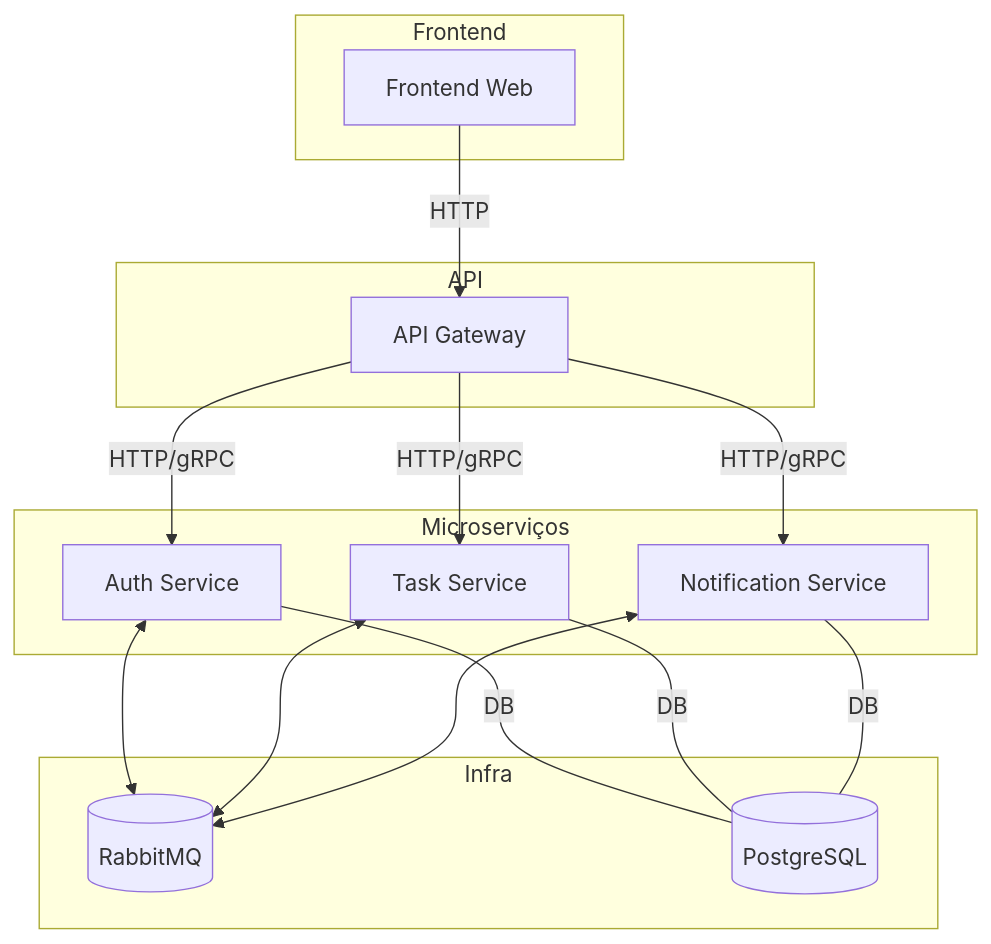
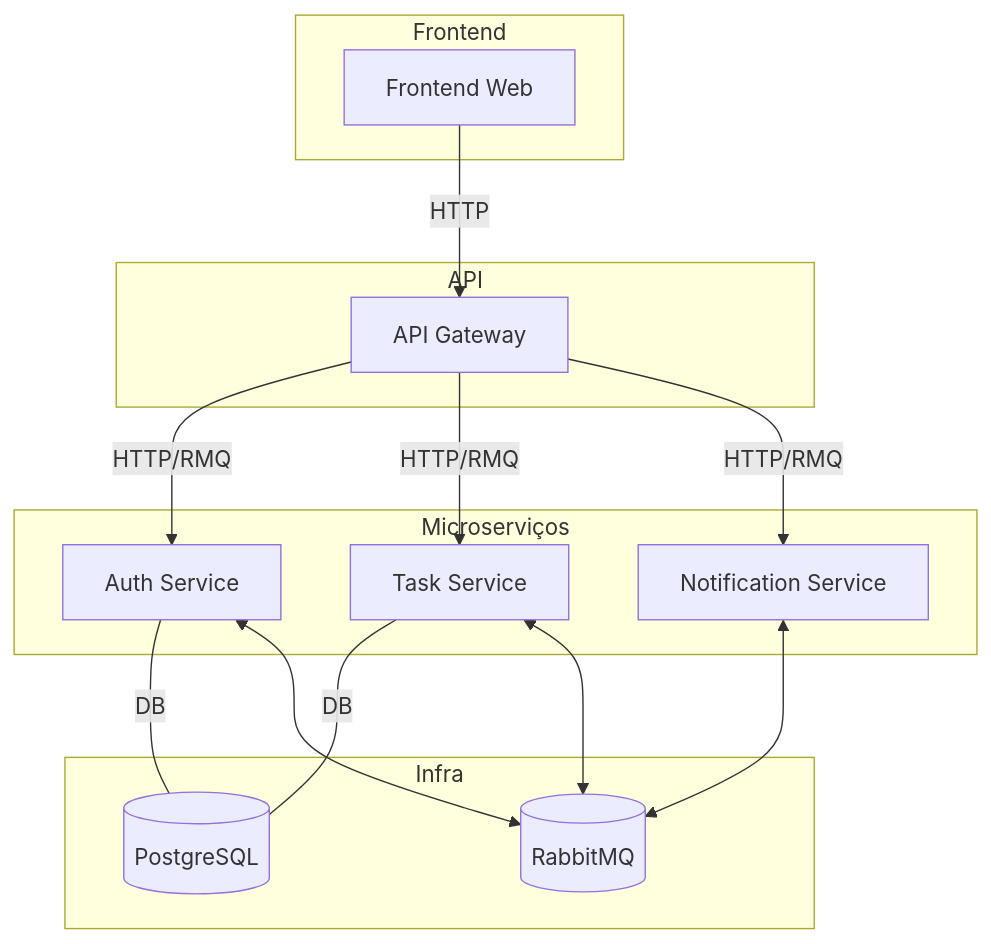
One commit to cristianm-developer/Fullstack-Challenge---RabbitMQ-Nest-Postgres-SocketIO changed the diagram in README.md. Above: the diagram before and after it, drawn with Mermaid.

Commit message:
Readme adjust

````diff
--- a/README.md
+++ b/README.md
@@ -63,31 +63,31 @@
 ```mermaid
 graph TD
   subgraph Frontend
     Web[Frontend Web]
   end
   subgraph API
     APIGW[API Gateway]
   end
   subgraph Microserviços
     Auth[Auth Service]
     Task[Task Service]
     Notification[Notification Service]
   end
   subgraph Infra
     RabbitMQ[(RabbitMQ)]
     Postgres[(PostgreSQL)]
   end
 
   Web -->|HTTP| APIGW
-  APIGW -->|HTTP/gRPC| Auth
-  APIGW -->|HTTP/gRPC| Task
-  APIGW -->|HTTP/gRPC| Notification
+  APIGW -->|HTTP/RMQ| Auth
+  APIGW -->|HTTP/RMQ| Task
+  APIGW -->|HTTP/RMQ| Notification
 
   Auth ---|DB| Postgres
   Task ---|DB| Postgres
-  Notification ---|DB| Postgres
+  Notification 
 
   Auth <--> RabbitMQ
   Task <--> RabbitMQ
   Notification <--> RabbitMQ
 ```
````
